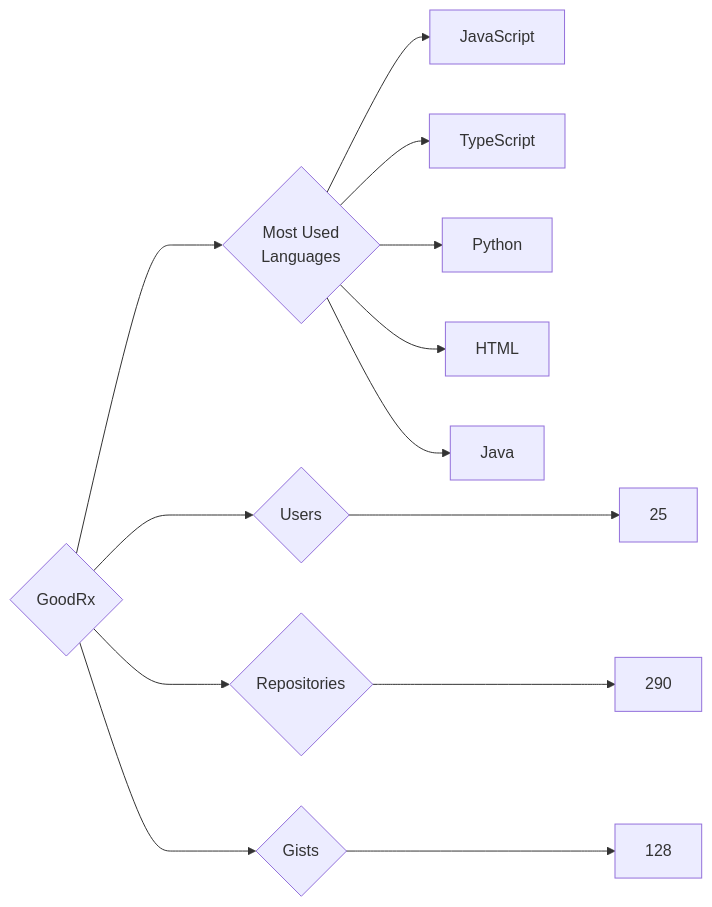
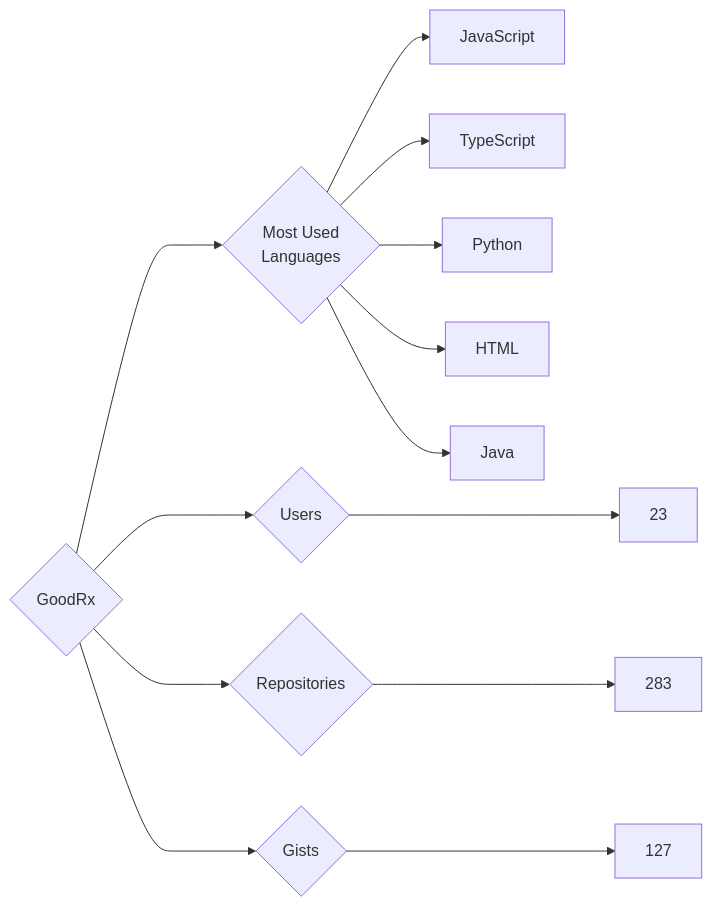
Before and after one commit to trickest/insiders: the diagram in targets/GoodRx/README.md, drawn with Mermaid. The commit also changed 837 other files, not shown here.

````diff
--- a/targets/GoodRx/README.md
+++ b/targets/GoodRx/README.md
@@ -3,13 +3,13 @@
 ```mermaid
 graph LR
 COMPANY_NAME{GoodRx}
-COMPANY_NAME ---> U{Users} ---> UN[25]
-COMPANY_NAME ---> R{Repositories} ---> RN[290]
-COMPANY_NAME ---> G{Gists} ---> GN[128]
+COMPANY_NAME ---> U{Users} ---> UN[23]
+COMPANY_NAME ---> R{Repositories} ---> RN[283]
+COMPANY_NAME ---> G{Gists} ---> GN[127]
 COMPANY_NAME ---> ML{Most Used<br>Languages}
 ML --> JavaScript[JavaScript]
 ML --> TypeScript[TypeScript]
 ML --> Python[Python]
 ML --> HTML[HTML]
 ML --> Java[Java]
 ```
````
